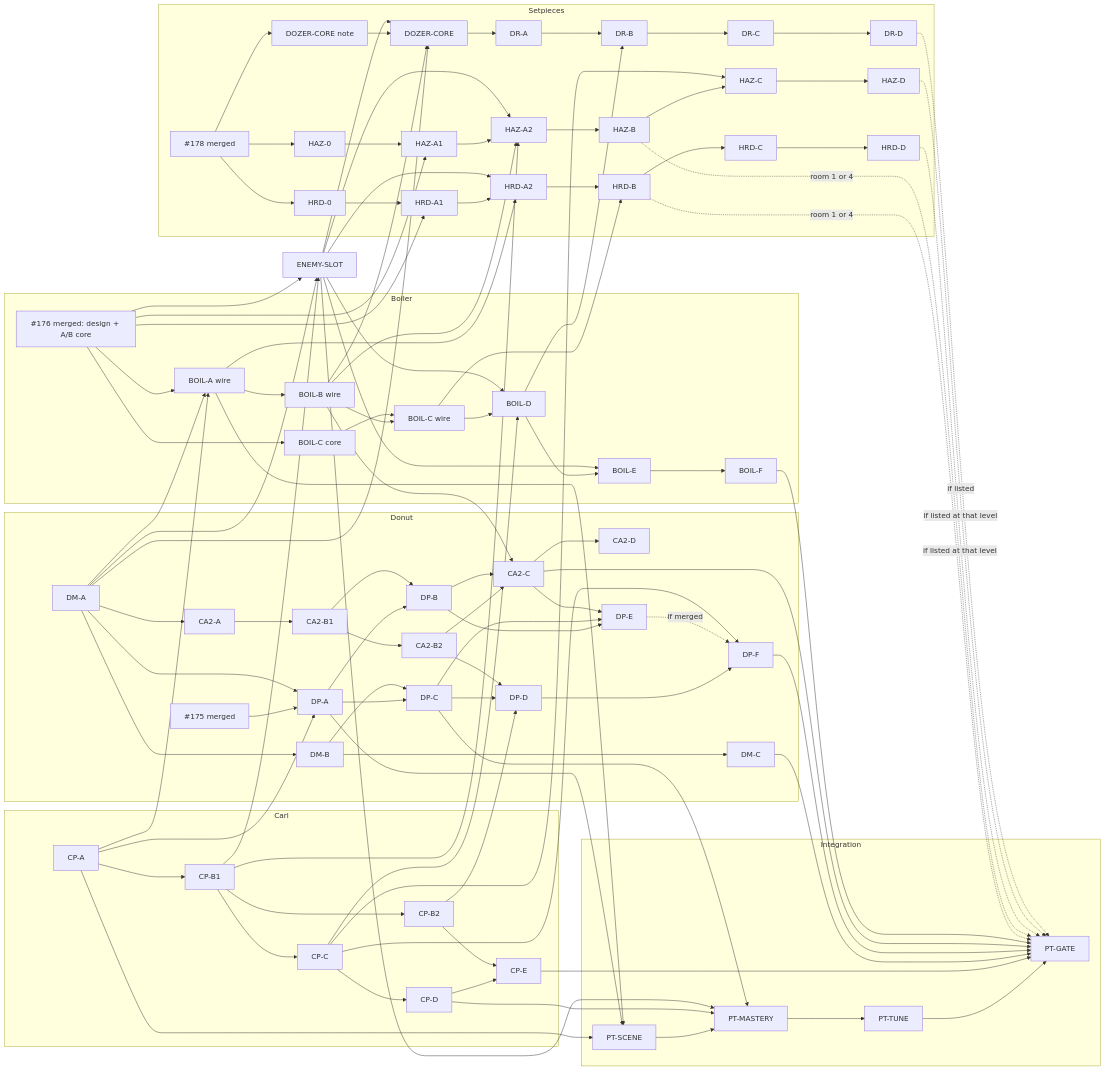
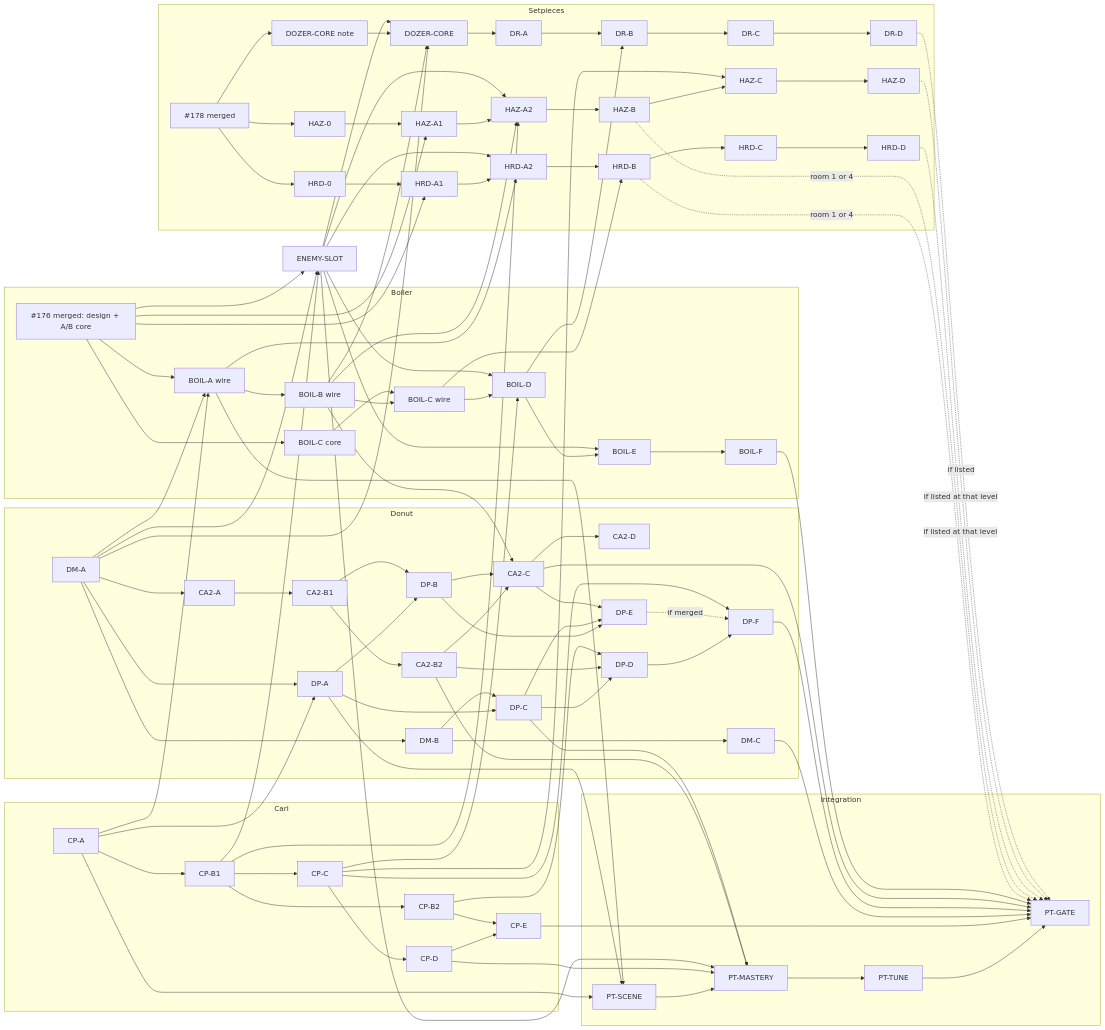
Before and after one commit to pando85/dungeon-floorbreak: the diagram in docs/07-agents/f01-playtest-integration-plan.md, drawn with Mermaid. The commit also changed other lines of this file, not shown here.

````diff
--- a/docs/07-agents/f01-playtest-integration-plan.md
+++ b/docs/07-agents/f01-playtest-integration-plan.md
@@ -214,12 +221,10 @@
 ```mermaid
 flowchart LR
-  P175[#175 merged]
   P176[#176 merged: design + A/B core]
   P178[#178 merged]
   subgraph Donut
     DMA[DM-A]-->DMB[DM-B]-->DMC[DM-C]
     DMA-->CA2A[CA2-A]-->CA2B1[CA2-B1]-->CA2B2[CA2-B2]-->CA2C[CA2-C]-->CA2D[CA2-D]
-    P175-->DPA[DP-A]
     DPA-->DPB[DP-B]
     DPA-->DPC[DP-C]
     DMB-->DPC
@@ -238,7 +243,7 @@
     CPB1-->CPC[CP-C]-->CPD[CP-D]-->CPE[CP-E]
     CPB2-->CPE
   end
-  DMA-->DPA
+  DMA-->DPA[DP-A]
   CPA-->DPA
   CPB2-->DPD
   CPC-->DPF
@@ -281,6 +286,7 @@
   DPA-->PTS
   BAw-->PTS
   CPD-->PTM
+  CA2B2-->PTM
   DPC-->PTM
   ES-->PTM
   CPE-->PTG
````
